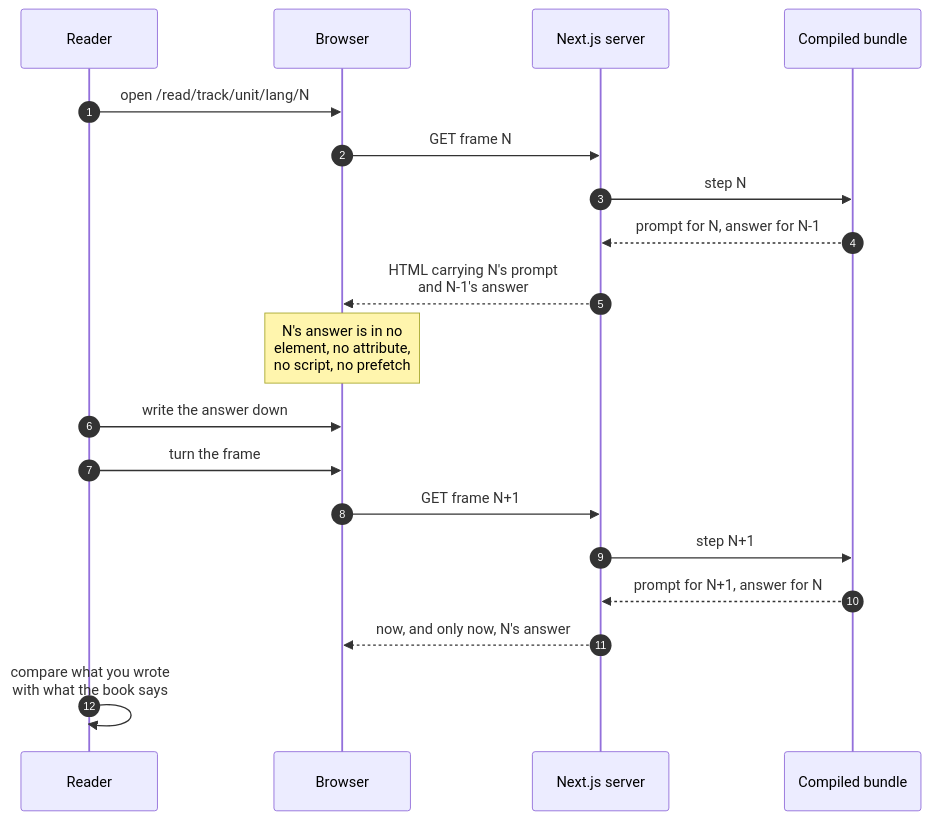
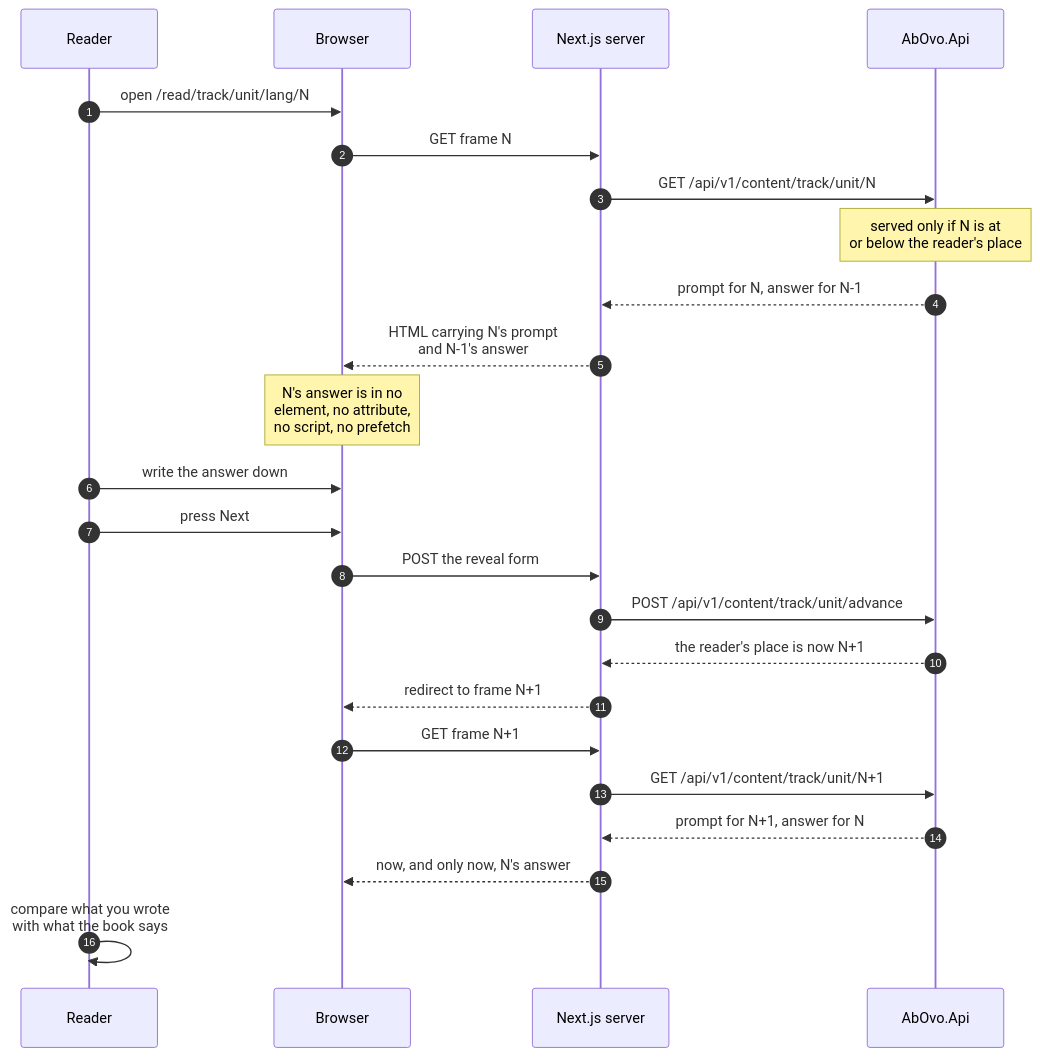
One commit to konradcinkusz/ab-ove changed the diagram in docs/diagrams/b2-answer-is-absent.mmd. Above: the diagram before and after it, drawn with Mermaid. The commit also changed 40 other files, not shown here.

```diff
--- a/docs/diagrams/b2-answer-is-absent.mmd
+++ b/docs/diagrams/b2-answer-is-absent.mmd
@@ -1,37 +1,48 @@
 %% One frame, and why the answer is absent from the page rather than hidden on it.
 %% ONE DIAGRAM PER FILE. ASCII ONLY.
 
 %% THIS IS THE PRODUCT'S WHOLE MECHANISM. A Stroud frame asks for something BEFORE it tells
 %% you anything, and the next frame opens with the answer you were supposed to have written.
 %% A reader who skims gets nothing, and paper has no way to notice.
 
-%% THE REVEAL IS A NAVIGATION, NOT A TOGGLE. The frame is a Server Component with no client
+%% THE REVEAL IS A FORM, NOT A TOGGLE. The frame is a Server Component with no client
 %% boundary around it, so the answer to frame N is rendered by the REQUEST for frame N+1 and
 %% by nothing before it. A reader who opens the inspector finds it nowhere; prefetching is
 %% off, so it is not on the wire either. Both halves are asserted, and both were watched
 %% failing before they were believed.
 
+%% AND THE SERVER HOLDS THE LINE, SINCE ADR-0060. Each step comes from AbOvo.Api, which
+%% serves step N only when N is at or below the reader's place, and what raises the place
+%% is the reveal's POST to .../advance. A bare GET for N+1 before that is refused, so a
+%% prefetch, a crawler or a shared link cannot pull an answer early. The reader is named by
+%% their bearer or, with no account, by an opaque cookie (ADR-0061).
+
 %% WHY NOT A DISCLOSURE WIDGET. Anything that renders the answer into the document and hides
 %% it with CSS or JavaScript is a hint the browser already has. The structural version costs
-%% a navigation and cannot be defeated.
+%% a round trip and cannot be defeated.
 
 sequenceDiagram
   autonumber
   participant R as Reader
   participant B as Browser
   participant S as Next.js server
-  participant C as Compiled bundle
+  participant A as AbOvo.Api
 
   R->>B: open /read/track/unit/lang/N
   B->>S: GET frame N
-  S->>C: step N
-  C-->>S: prompt for N, answer for N-1
+  S->>A: GET /api/v1/content/track/unit/N
+  Note over A: served only if N is at<br/>or below the reader's place
+  A-->>S: prompt for N, answer for N-1
   S-->>B: HTML carrying N's prompt<br/>and N-1's answer
   Note over B: N's answer is in no<br/>element, no attribute,<br/>no script, no prefetch
   R->>B: write the answer down
-  R->>B: turn the frame
+  R->>B: press Next
+  B->>S: POST the reveal form
+  S->>A: POST /api/v1/content/track/unit/advance
+  A-->>S: the reader's place is now N+1
+  S-->>B: redirect to frame N+1
   B->>S: GET frame N+1
-  S->>C: step N+1
-  C-->>S: prompt for N+1, answer for N
+  S->>A: GET /api/v1/content/track/unit/N+1
+  A-->>S: prompt for N+1, answer for N
   S-->>B: now, and only now, N's answer
   R->>R: compare what you wrote<br/>with what the book says
```
